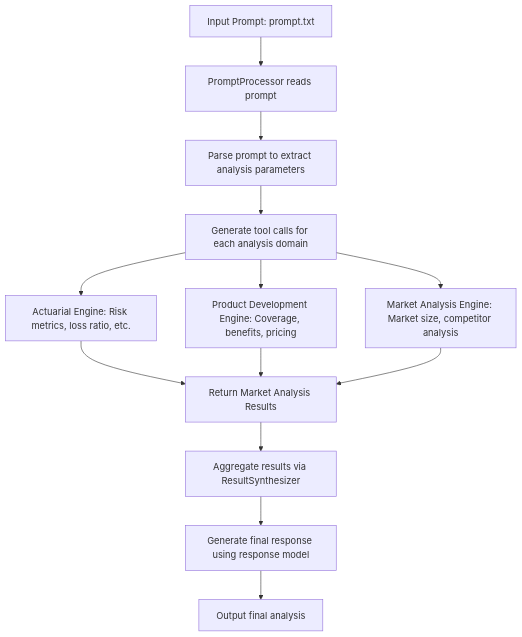
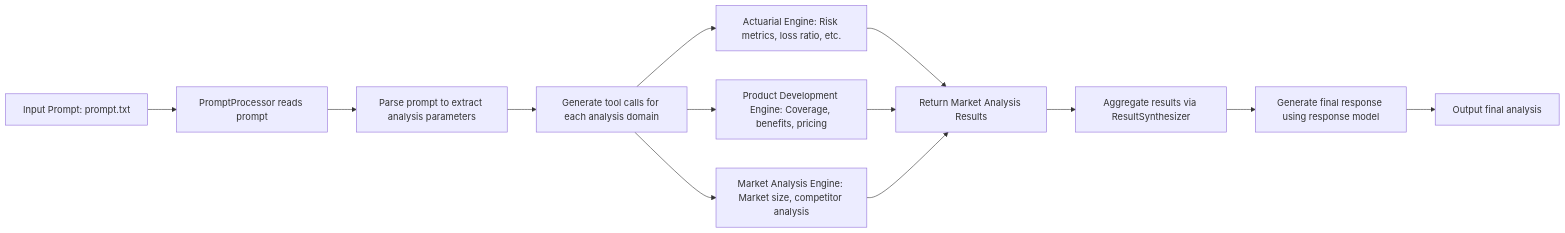
Before and after one commit to jun-brro/APT-call-agent: the diagram in README.md, drawn with Mermaid. The commit also changed other lines of this file, not shown here.

````diff
--- a/README.md
+++ b/README.md
@@ -125,15 +126,15 @@
 ```mermaid
-flowchart TD
+flowchart LR
     A["Input Prompt: prompt.txt"] --> B["PromptProcessor reads prompt"]
     B --> C["Parse prompt to extract analysis parameters"]
     C --> D["Generate tool calls for each analysis domain"]
     D --> E1["Actuarial Engine: Risk metrics, loss ratio, etc."]
     D --> E2["Product Development Engine: Coverage, benefits, pricing"]
     D --> E3["Market Analysis Engine: Market size, competitor analysis"]
     E1 --> F["Return Actuarial Results"]
     E2 --> F["Return Product Development Results"]
     E3 --> F["Return Market Analysis Results"]
     F --> G["Aggregate results via ResultSynthesizer"]
     G --> H["Generate final response using response model"]
     H --> I["Output final analysis"]
 ```
````
